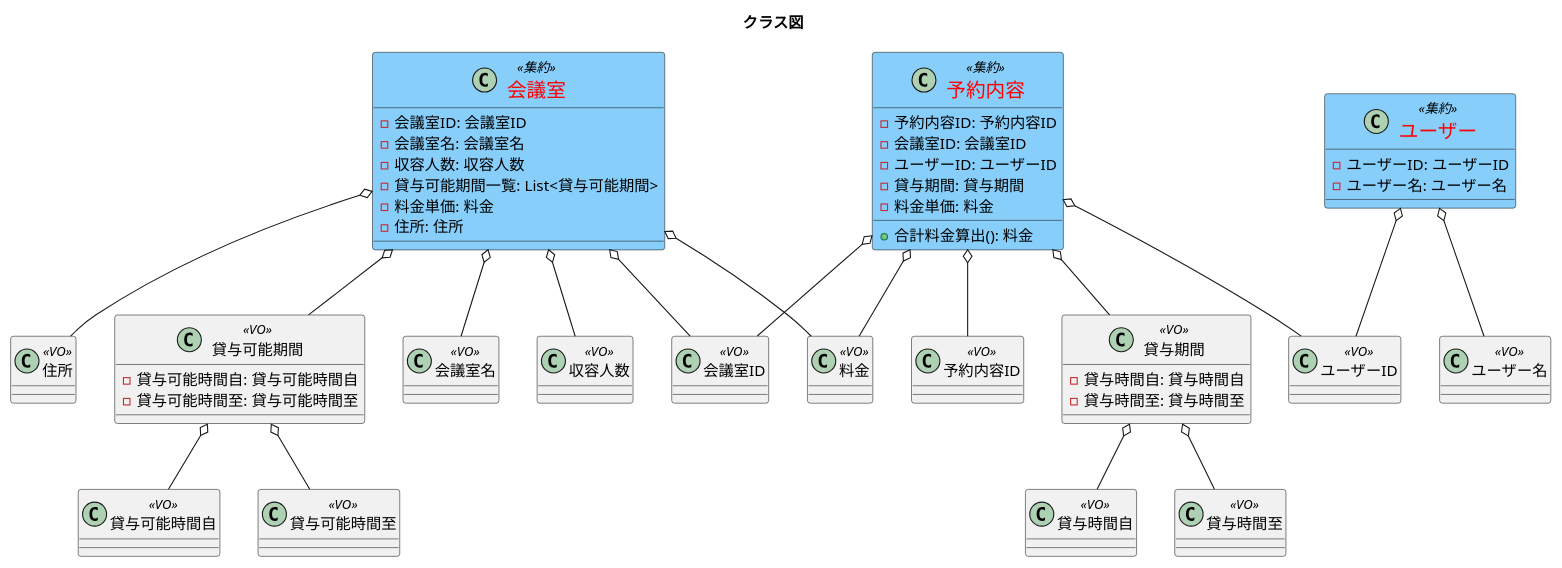
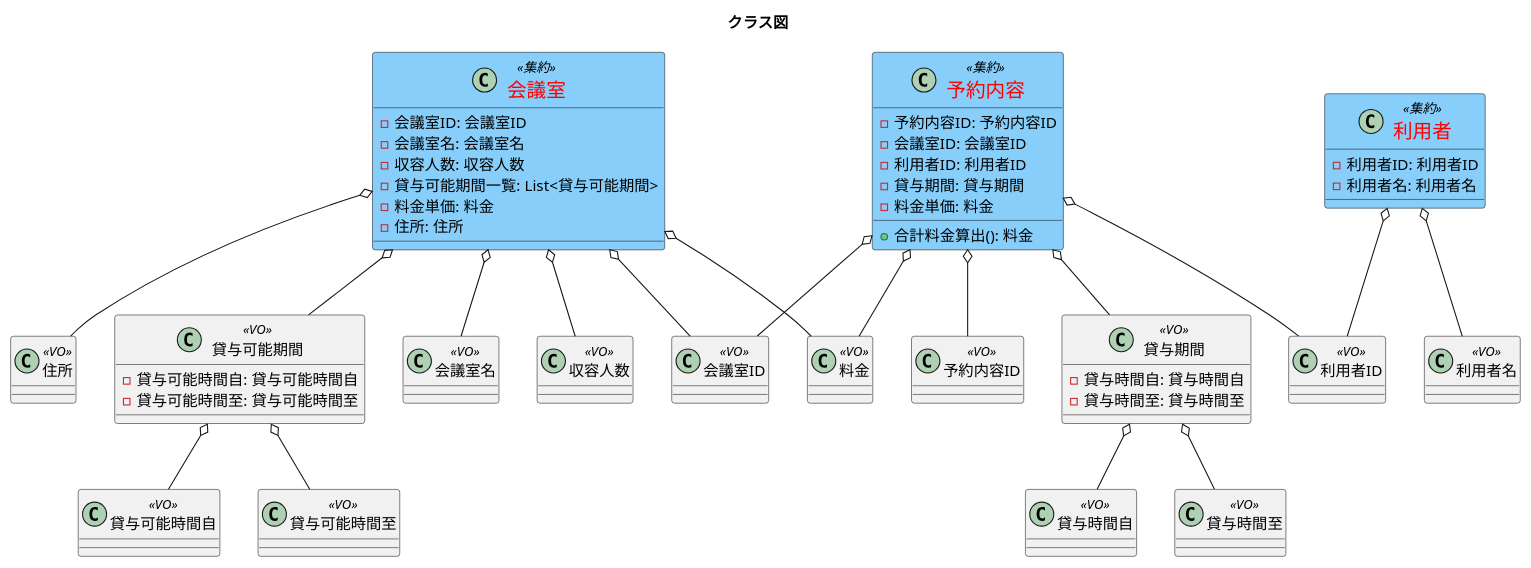
Before and after one commit to kwhrkzk/RentalSpaceSample: the diagram in document/クラス図.pu, drawn with PlantUML. The commit also changed 6 other files, not shown here.

```diff
--- a/document/クラス図.pu
+++ b/document/クラス図.pu
@@ -1,72 +1,72 @@
 @startuml
 title クラス図
 
 skinparam class {
 BackgroundColor<<集約>> LightSkyBlue
 FontColor<<集約>> Red
 FontSize<<集約>> 18
 }
 
 class 会議室 <<集約>> {
 -会議室ID: 会議室ID
 -会議室名: 会議室名
 -収容人数: 収容人数
 -貸与可能期間一覧: List<貸与可能期間>
 -料金単価: 料金
 -住所: 住所
 }
 class 会議室ID <<VO>>
 会議室 o-- 会議室ID
 class 会議室名 <<VO>>
 会議室 o-- 会議室名
 class 収容人数 <<VO>> 
 会議室 o-- 収容人数
 class 料金 <<VO>>
 会議室 o-- 料金
 class 住所 <<VO>>
 会議室 o-- 住所
 
 class 貸与可能期間 <<VO>> {
 -貸与可能時間自: 貸与可能時間自
 -貸与可能時間至: 貸与可能時間至
 }
 class 貸与可能時間自 <<VO>>
 class 貸与可能時間至 <<VO>>
 貸与可能期間 o-- 貸与可能時間自
 貸与可能期間 o-- 貸与可能時間至
 会議室 o-- 貸与可能期間
 
-class ユーザー <<集約>> {
--ユーザーID: ユーザーID
--ユーザー名: ユーザー名
+class 利用者 <<集約>> {
+-利用者ID: 利用者ID
+-利用者名: 利用者名
 }
-class ユーザーID <<VO>>
-ユーザー o-- ユーザーID
-class ユーザー名 <<VO>>
-ユーザー o-- ユーザー名
+class 利用者ID <<VO>>
+利用者 o-- 利用者ID
+class 利用者名 <<VO>>
+利用者 o-- 利用者名
 
 
 class 予約内容 <<集約>> {
 -予約内容ID: 予約内容ID
 -会議室ID: 会議室ID
--ユーザーID: ユーザーID
+-利用者ID: 利用者ID
 -貸与期間: 貸与期間
 -料金単価: 料金
 +合計料金算出(): 料金
 }
 class 予約内容ID <<VO>>
 予約内容 o-- 予約内容ID
 予約内容 o-- 会議室ID
-予約内容 o-- ユーザーID
+予約内容 o-- 利用者ID
 予約内容 o-- 料金
 
 class 貸与期間 <<VO>> {
 -貸与時間自: 貸与時間自
 -貸与時間至: 貸与時間至
 }
 class 貸与時間自 <<VO>>
 class 貸与時間至 <<VO>>
 貸与期間 o-- 貸与時間自
 貸与期間 o-- 貸与時間至
 予約内容 o-- 貸与期間
 @enduml
```
